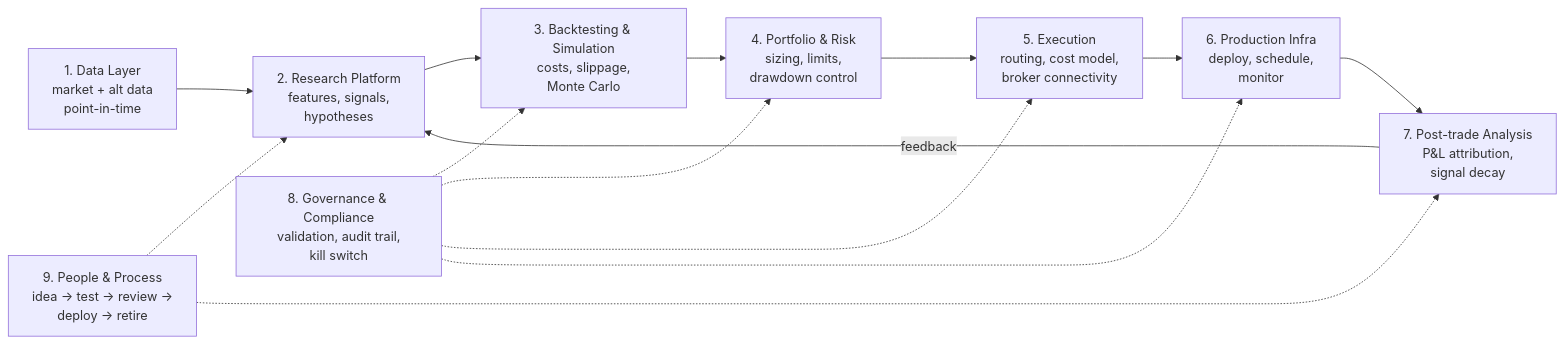
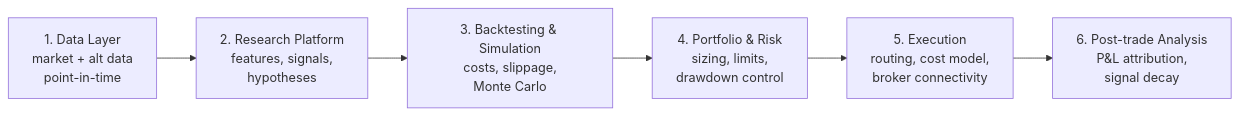
Before and after one commit to elifloop/mybdb: the diagram in 01 Projects/optrade_mvp/00_plan.md, drawn with Mermaid. The commit also changed other lines of this file, not shown here.

````diff
--- a/01 Projects/optrade_mvp/00_plan.md
+++ b/01 Projects/optrade_mvp/00_plan.md
@@ -11,18 +11,9 @@
 ```mermaid
 flowchart LR
     A[1. Data Layer<br/>market + alt data<br/>point-in-time] --> B[2. Research Platform<br/>features, signals,<br/>hypotheses]
     B --> C[3. Backtesting & Simulation<br/>costs, slippage,<br/>Monte Carlo]
     C --> D[4. Portfolio & Risk<br/>sizing, limits,<br/>drawdown control]
     D --> E[5. Execution<br/>routing, cost model,<br/>broker connectivity]
-    E --> F[6. Production Infra<br/>deploy, schedule,<br/>monitor]
-    F --> G[7. Post-trade Analysis<br/>P&L attribution,<br/>signal decay]
-    G -->|feedback| B
+    E --> F[6. Post-trade Analysis<br/>P&L attribution,<br/>signal decay]
 
-    H[8. Governance & Compliance<br/>validation, audit trail,<br/>kill switch] -.-> C
-    H -.-> D
-    H -.-> E
-    H -.-> F
-
-    I[9. People & Process<br/>idea → test → review →<br/>deploy → retire] -.-> B
-    I -.-> G
 ```
````
